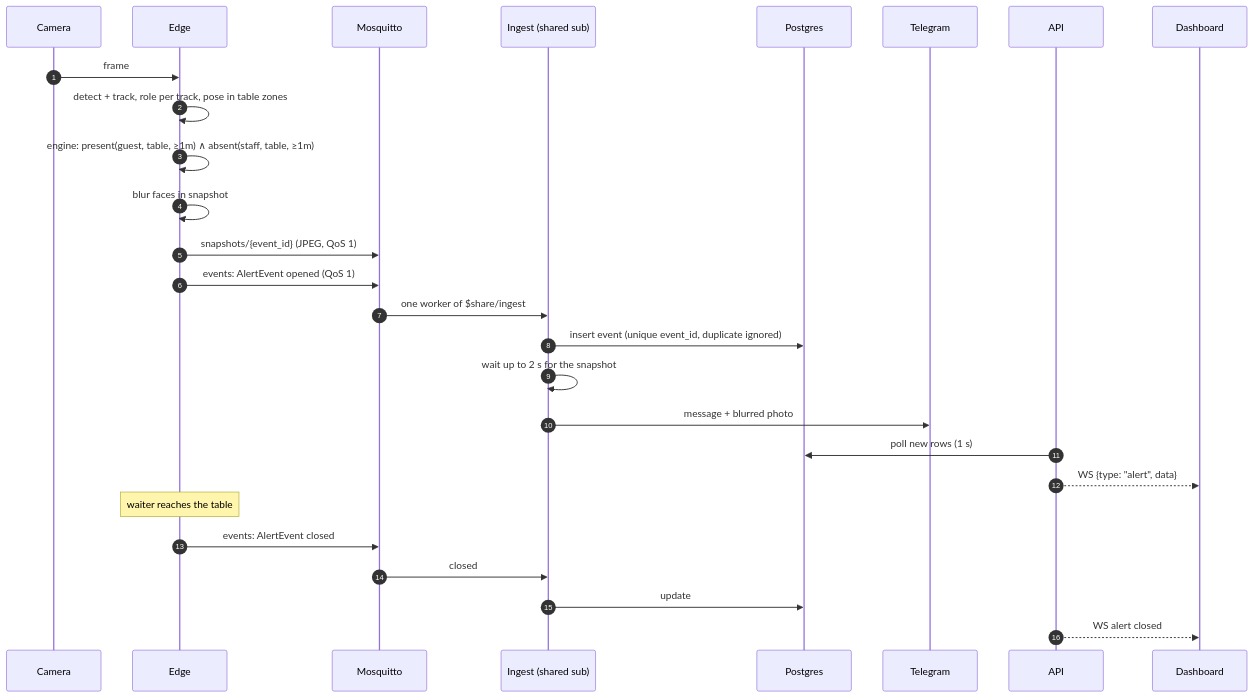
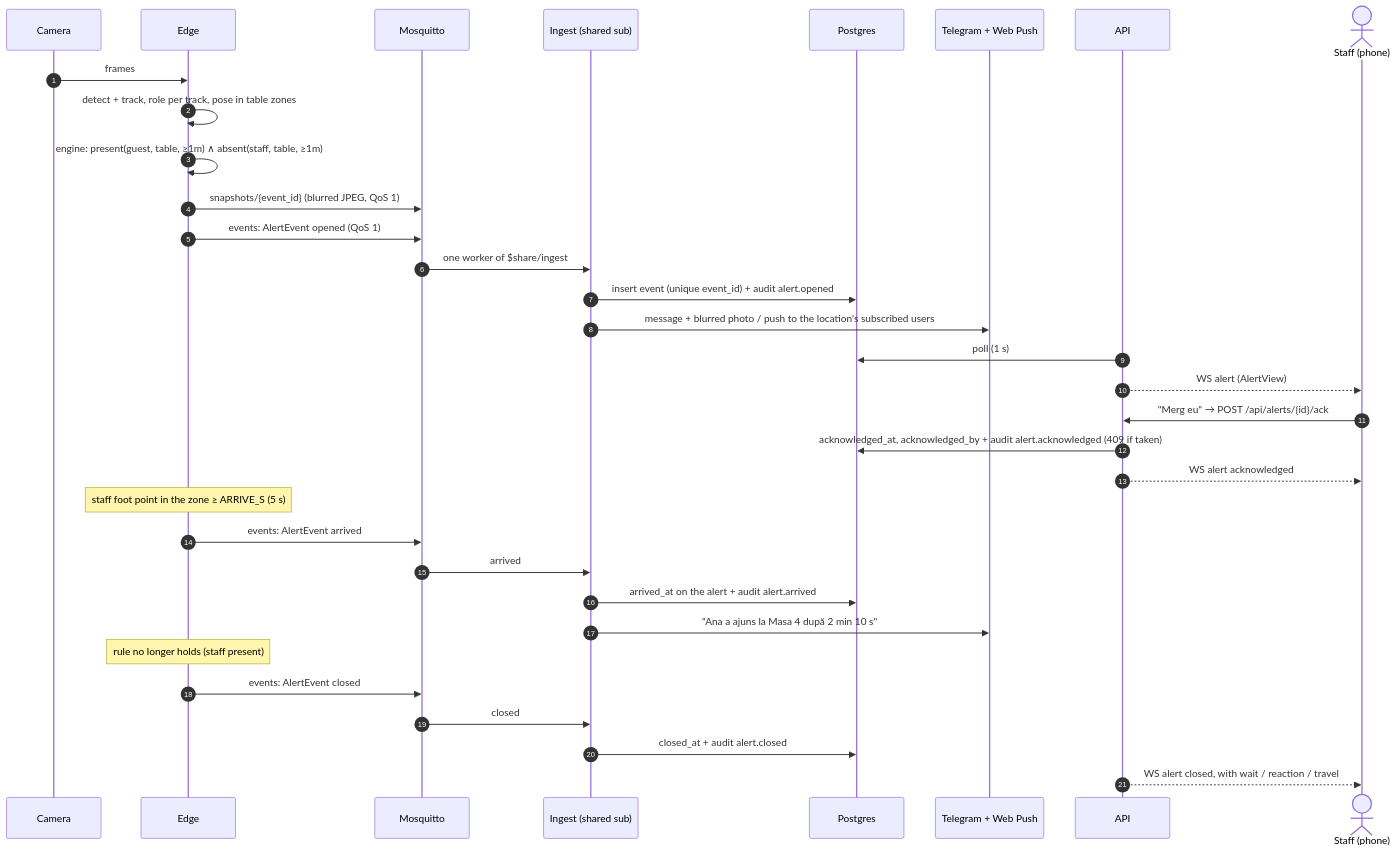
One commit to mariusbuharu-gsd/aivee changed the fifth of 6 diagrams in docs/architecture.md. Above: the diagram before and after it, drawn with Mermaid. The commit also changed other lines of this file and 9 other files, not shown here.

First line of the commit message:
docs: refresh README, architecture, handbooks; add ADRs 0007–0010 and demo script (#27)

````diff
--- a/docs/architecture.md
+++ b/docs/architecture.md
@@ -78,30 +156,36 @@
 ```mermaid
 sequenceDiagram
     autonumber
     participant C as Camera
     participant E as Edge
     participant M as Mosquitto
     participant I as Ingest (shared sub)
     participant P as Postgres
-    participant T as Telegram
+    participant N as Telegram + Web Push
     participant A as API
-    participant D as Dashboard
+    actor S as Staff (phone)
 
-    C->>E: frame
+    C->>E: frames
     E->>E: detect + track, role per track, pose in table zones
     E->>E: engine: present(guest, table, ≥1m) ∧ absent(staff, table, ≥1m)
-    E->>E: blur faces in snapshot
-    E->>M: snapshots/{event_id} (JPEG, QoS 1)
+    E->>M: snapshots/{event_id} (blurred JPEG, QoS 1)
     E->>M: events: AlertEvent opened (QoS 1)
     M->>I: one worker of $share/ingest
-    I->>P: insert event (unique event_id, duplicate ignored)
-    I->>I: wait up to 2 s for the snapshot
-    I->>T: message + blurred photo
-    A->>P: poll new rows (1 s)
-    A-->>D: WS {type: "alert", data}
-    Note over E: waiter reaches the table
+    I->>P: insert event (unique event_id) + audit alert.opened
+    I->>N: message + blurred photo / push to the location's subscribed users
+    A->>P: poll (1 s)
+    A-->>S: WS alert (AlertView)
+    S->>A: "Merg eu" → POST /api/alerts/{id}/ack
+    A->>P: acknowledged_at, acknowledged_by + audit alert.acknowledged (409 if taken)
+    A-->>S: WS alert acknowledged
+    Note over E: staff foot point in the zone ≥ ARRIVE_S (5 s)
+    E->>M: events: AlertEvent arrived
+    M->>I: arrived
+    I->>P: arrived_at on the alert + audit alert.arrived
+    I->>N: "Ana a ajuns la Masa 4 după 2 min 10 s"
+    Note over E: rule no longer holds (staff present)
     E->>M: events: AlertEvent closed
     M->>I: closed
-    I->>P: update
-    A-->>D: WS alert closed
+    I->>P: closed_at + audit alert.closed
+    A-->>S: WS alert closed, with wait / reaction / travel
 ```
````
